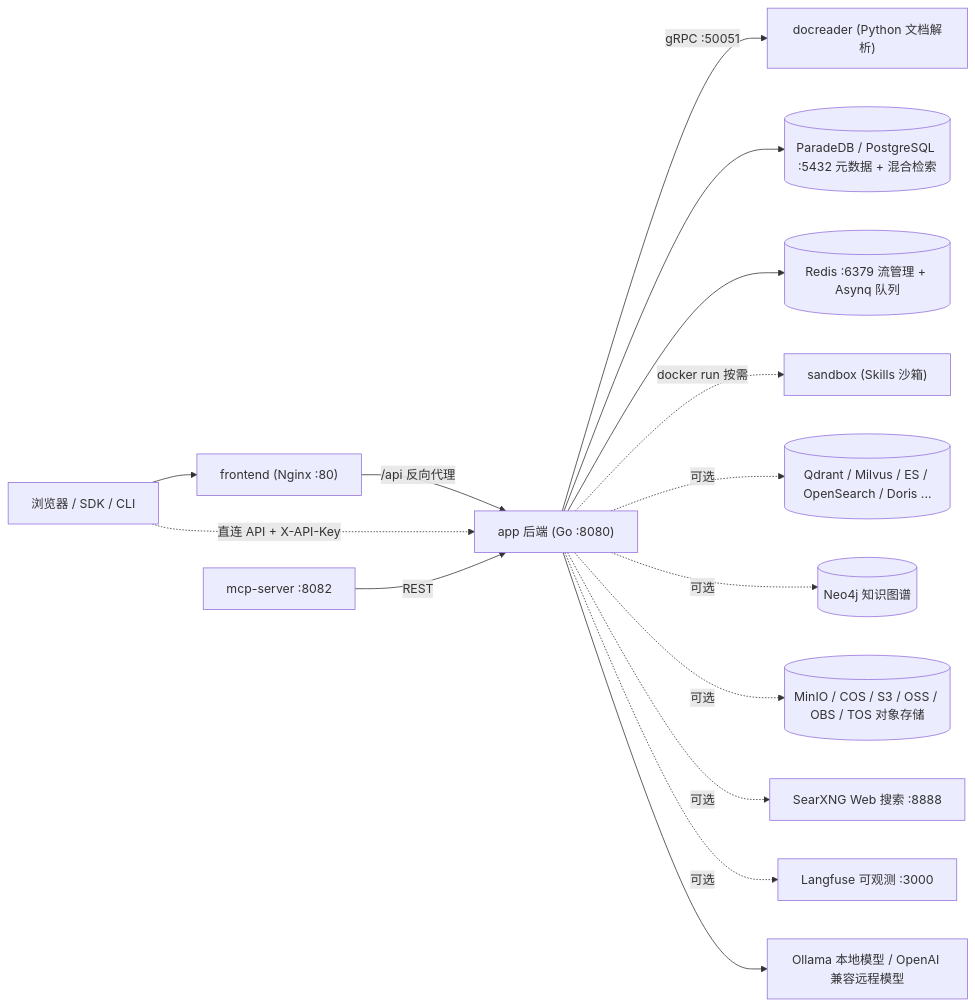
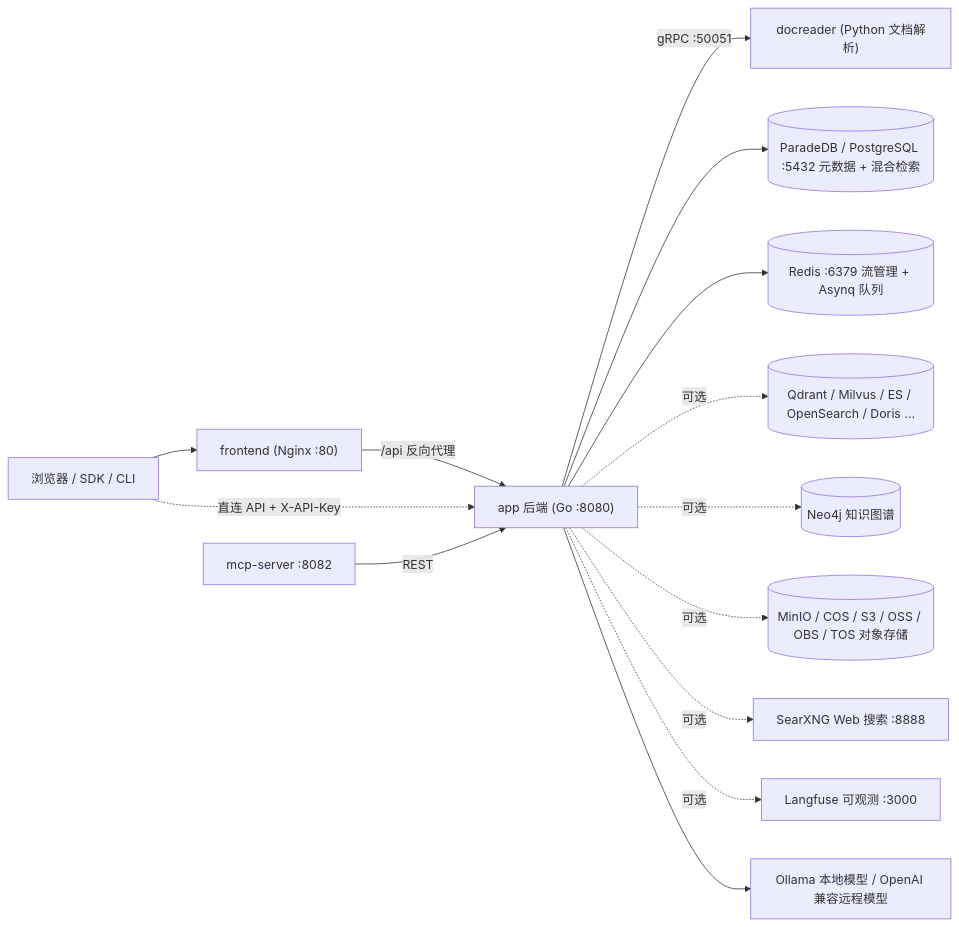
The second of 2 diagrams in website-docs/01-getting-started/01-introduction.md (magicyuan876/Yuheng), drawn with Mermaid before and after one commit. The commit also changed other lines of this file and 32 other files, not shown here.

````diff
--- a/website-docs/01-getting-started/01-introduction.md
+++ b/website-docs/01-getting-started/01-introduction.md
@@ -137,17 +127,16 @@
 ```mermaid
 flowchart LR
     Browser["浏览器 / SDK / CLI"] --> FE["frontend (Nginx :80)"]
     FE -- "/api 反向代理" --> APP["app 后端 (Go :8080)"]
     Browser -. "直连 API + X-API-Key" .-> APP
     APP -- "gRPC :50051" --> DR["docreader (Python 文档解析)"]
     APP --> PG[("ParadeDB / PostgreSQL :5432 元数据 + 混合检索")]
     APP --> RD[("Redis :6379 流管理 + Asynq 队列")]
-    APP -. "docker run 按需" .-> SB["sandbox (Skills 沙箱)"]
     APP -. "可选" .-> VDB[("Qdrant / Milvus / ES / OpenSearch / Doris ...")]
     APP -. "可选" .-> NEO[("Neo4j 知识图谱")]
     APP -. "可选" .-> OSS[("MinIO / COS / S3 / OSS / OBS / TOS 对象存储")]
     APP -. "可选" .-> SX["SearXNG Web 搜索 :8888"]
     APP -. "可选" .-> LF["Langfuse 可观测 :3000"]
     APP --> LLM["Ollama 本地模型 / OpenAI 兼容远程模型"]
     MCPS["mcp-server :8082"] -- "REST" --> APP
 ```
````
